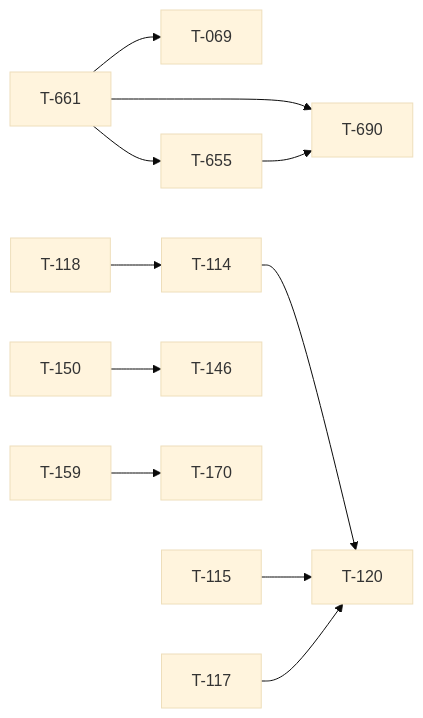
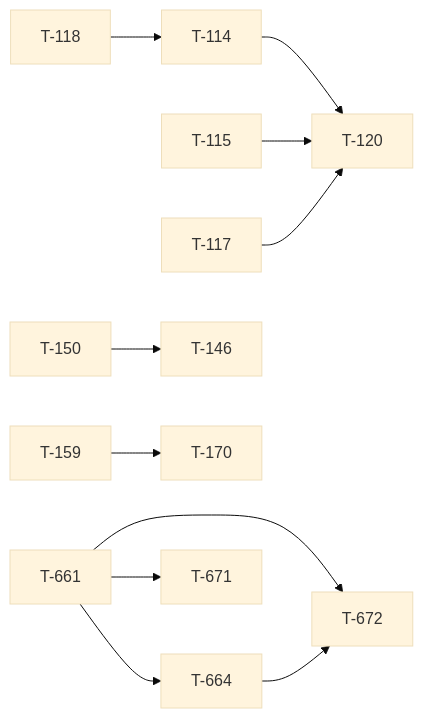
The diagram in docs/TICKET_LEAD.md (darkforce09/TBD-reforger), drawn with Mermaid (base theme) before and after one commit. The commit also changed other lines of this file and 8 other files, not shown here.

````diff
--- a/docs/TICKET_LEAD.md
+++ b/docs/TICKET_LEAD.md
@@ -32,13 +40,13 @@
 ```mermaid
 flowchart LR
-  T661[T-661] --> T069[T-069]
   T118[T-118] --> T114[T-114]
   T114[T-114] --> T120[T-120]
   T115[T-115] --> T120[T-120]
   T117[T-117] --> T120[T-120]
   T150[T-150] --> T146[T-146]
   T159[T-159] --> T170[T-170]
-  T661[T-661] --> T655[T-655]
-  T661[T-661] --> T690[T-690]
-  T655[T-655] --> T690[T-690]
+  T661[T-661] --> T664[T-664]
+  T661[T-661] --> T672[T-672]
+  T664[T-664] --> T672[T-672]
+  T661[T-661] --> T671[T-671]
 ```
````
